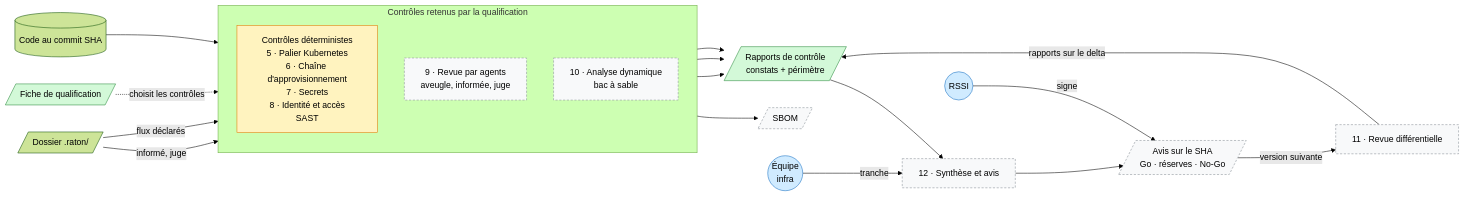
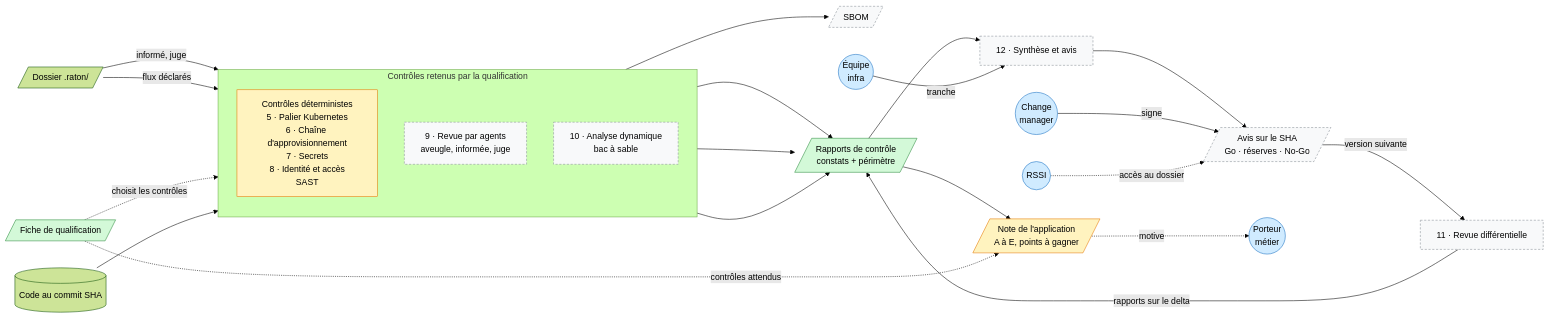
Before and after one commit to Jul0ow/Raton: the fourth of 5 diagrams in docs/architecture.md, drawn with Mermaid (forest theme). The commit also changed other lines of this file and 15 other files, not shown here.

````diff
--- a/docs/architecture.md
+++ b/docs/architecture.md
@@ -166,45 +171,52 @@
 ```mermaid
 flowchart LR
   QF[/"Fiche de qualification"/]
   CODE[("Code au commit SHA")]
   DOS[/"Dossier .raton/"/]
 
   subgraph CTRL ["Contrôles retenus par la qualification"]
     direction TB
     DET["Contrôles déterministes<br/>5 · Palier Kubernetes<br/>6 · Chaîne d'approvisionnement<br/>7 · Secrets<br/>8 · Identité et accès<br/>SAST"]
     AG["9 · Revue par agents<br/>aveugle, informée, juge"]
     DYN["10 · Analyse dynamique<br/>bac à sable"]
   end
 
   SBOM[/"SBOM"/]
   RAP[/"Rapports de contrôle<br/>constats + périmètre"/]
   SYN["12 · Synthèse et avis"]
   AVIS[/"Avis sur le SHA<br/>Go · réserves · No-Go"/]
+  NOTE[/"Note de l'application<br/>A à E, points à gagner"/]
   DIFF["11 · Revue différentielle"]
   E(("Équipe<br/>infra"))
+  C(("Change<br/>manager"))
   S(("RSSI"))
+  M(("Porteur<br/>métier"))
 
   QF -.->|"choisit les contrôles"| CTRL
   CODE --> CTRL
   DOS -->|"informé, juge"| AG
   DOS -->|"flux déclarés"| DYN
   DET --> SBOM
   DET --> RAP
   AG --> RAP
   DYN --> RAP
   RAP --> SYN
   E -->|"tranche"| SYN
   SYN --> AVIS
-  S -->|"signe"| AVIS
+  RAP --> NOTE
+  QF -.->|"contrôles attendus"| NOTE
+  C -->|"signe"| AVIS
+  S -.->|"accès au dossier"| AVIS
+  NOTE -.->|"motive"| M
   AVIS -->|"version suivante"| DIFF
   DIFF -->|"rapports sur le delta"| RAP
 
   classDef humain fill:#d0ebff,stroke:#1971c2,color:#000
   classDef fait fill:#d3f9d8,stroke:#2b8a3e,color:#000
   classDef propose fill:#fff3bf,stroke:#e67700,color:#000
   classDef afaire fill:#f8f9fa,stroke:#868e96,color:#000,stroke-dasharray:4 3
-  class E,S humain
+  class E,C,S,M humain
   class QF,RAP fait
-  class DET propose
+  class DET,NOTE propose
   class AG,DYN,SBOM,SYN,AVIS,DIFF afaire
 ```
````
